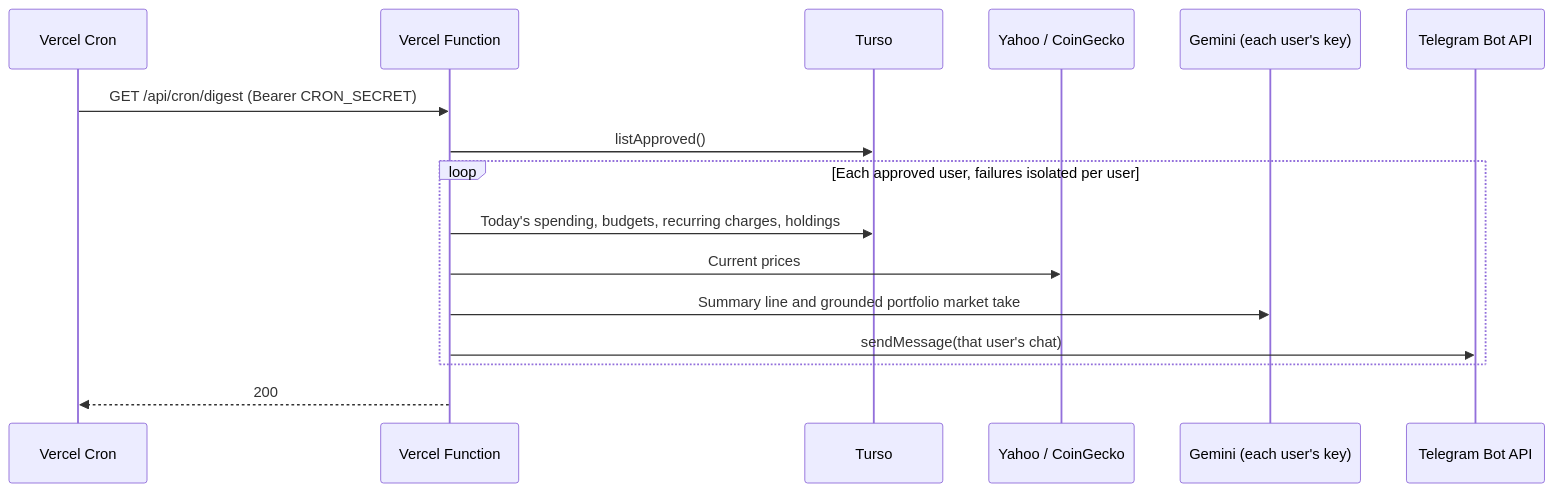
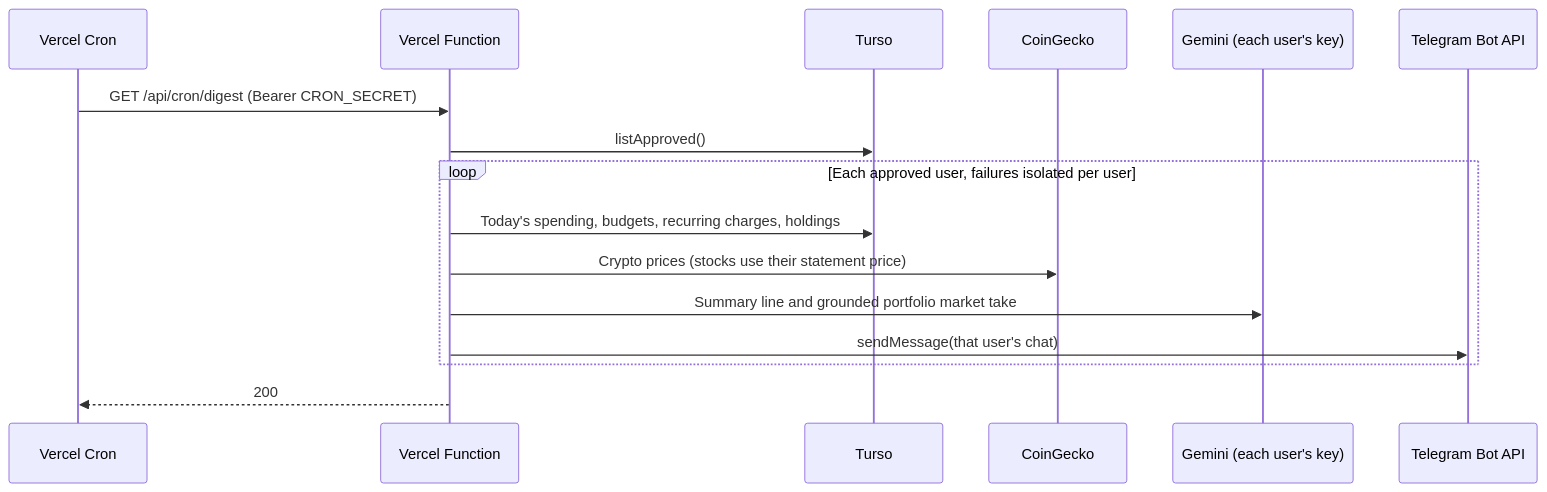
The fourth of 6 diagrams in docs/architecture.md (zzkhong/plutus-ai), drawn with Mermaid before and after one commit. The commit also changed other lines of this file and 3 other files, not shown here.

First line of the commit message:
docs: user-facing README; rates and statements in setup and architecture

````diff
--- a/docs/architecture.md
+++ b/docs/architecture.md
@@ -105,19 +107,19 @@
 ```mermaid
 sequenceDiagram
     participant C as Vercel Cron
     participant F as Vercel Function
     participant DB as Turso
-    participant P as Yahoo / CoinGecko
+    participant P as CoinGecko
     participant G as Gemini (each user's key)
     participant T as Telegram Bot API
 
     C->>F: GET /api/cron/digest (Bearer CRON_SECRET)
     F->>DB: listApproved()
     loop Each approved user, failures isolated per user
         F->>DB: Today's spending, budgets, recurring charges, holdings
-        F->>P: Current prices
+        F->>P: Crypto prices (stocks use their statement price)
         F->>G: Summary line and grounded portfolio market take
         F->>T: sendMessage(that user's chat)
     end
     F-->>C: 200
 ```
````
